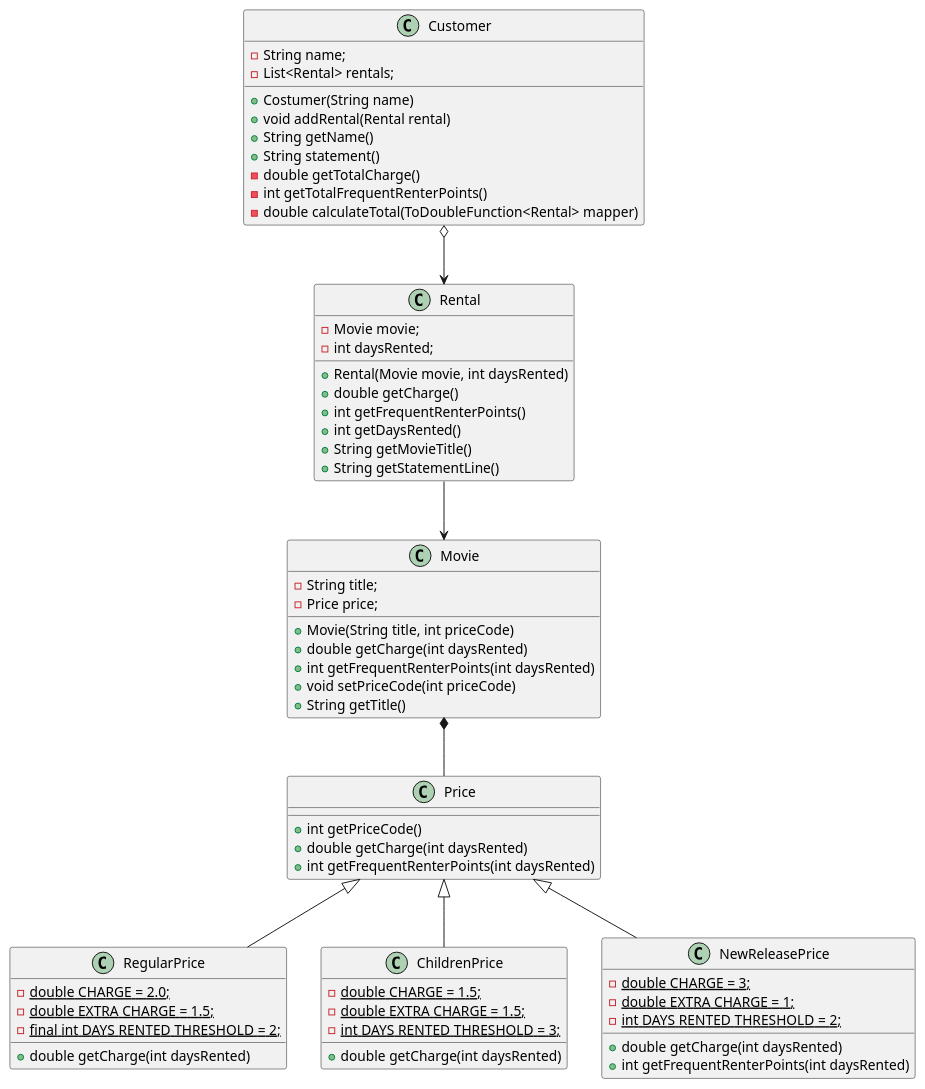
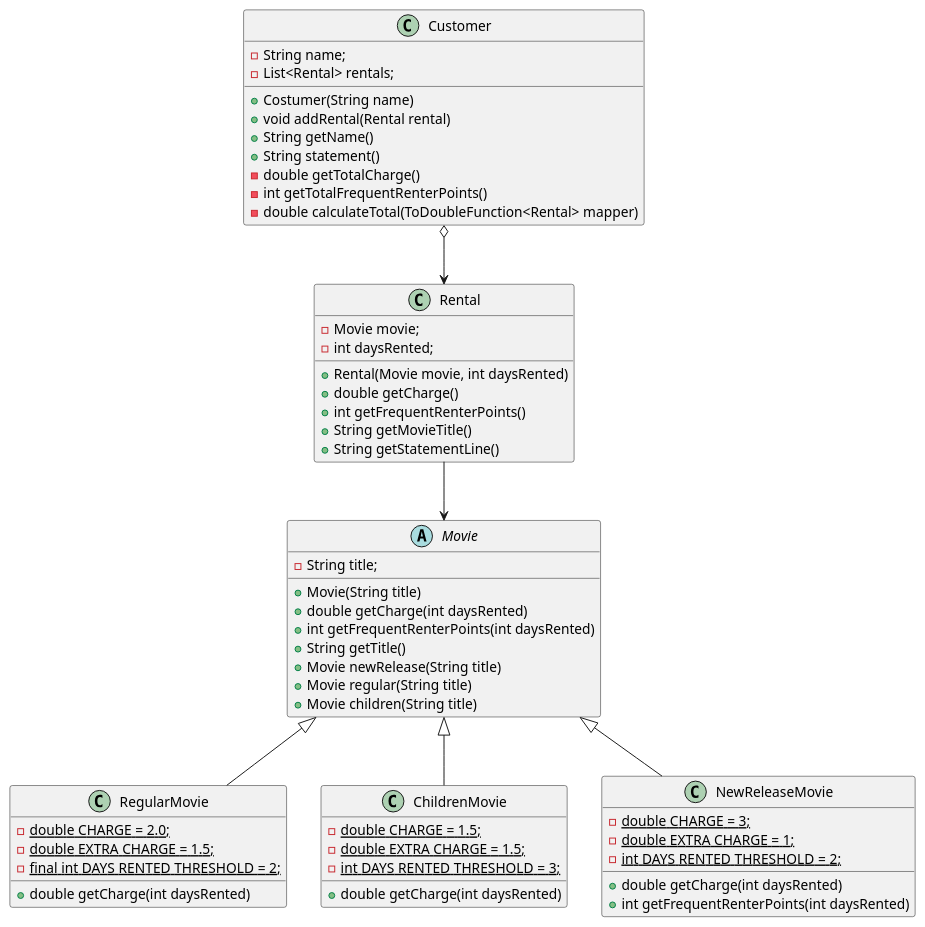
Before and after one commit to rafaelacirino/refactoring-upm: the diagram in docs/diagrams/src/movies22.plantuml, drawn with PlantUML. The commit also changed 9 other files, not shown here.

Commit message:
added abstract movie class and types of movie

```diff
--- a/docs/diagrams/src/movies22.plantuml
+++ b/docs/diagrams/src/movies22.plantuml
@@ -1,71 +1,65 @@
 @startuml movies
 
 class Customer {
 - String name;
 - List<Rental> rentals;
 
 + Costumer(String name)
 + void addRental(Rental rental)
 + String getName()
 + String statement()
 - double getTotalCharge()
 - int getTotalFrequentRenterPoints()
 - double calculateTotal(ToDoubleFunction<Rental> mapper)
 }
 
 class Rental {
 - Movie movie;
 - int daysRented;
 
 + Rental(Movie movie, int daysRented)
 + double getCharge()
 + int getFrequentRenterPoints()
-+ int getDaysRented()
 + String getMovieTitle()
 + String getStatementLine()
 }
 
-class Movie {
+abstract class Movie {
 - String title;
-- Price price;
 
-+ Movie(String title, int priceCode)
++ Movie(String title)
 + double getCharge(int daysRented)
 + int getFrequentRenterPoints(int daysRented)
-+ void setPriceCode(int priceCode)
 + String getTitle()
++ Movie newRelease(String title)
++ Movie regular(String title)
++ Movie children(String title)
 }
 
-class Price {
-+ int getPriceCode()
-+ double getCharge(int daysRented)
-+ int getFrequentRenterPoints(int daysRented)
-}
-class RegularPrice {
+class RegularMovie {
 {static}- double CHARGE = 2.0;
 {static}- double EXTRA CHARGE = 1.5;
 {static}- final int DAYS RENTED THRESHOLD = 2;
 + double getCharge(int daysRented)
 }
-class ChildrenPrice {
+class ChildrenMovie {
 {static}- double CHARGE = 1.5;
 {static}- double EXTRA CHARGE = 1.5;
 {static}- int DAYS RENTED THRESHOLD = 3;
 + double getCharge(int daysRented)
 }
-class NewReleasePrice {
+class NewReleaseMovie {
 {static}- double CHARGE = 3;
 {static}- double EXTRA CHARGE = 1;
 {static}- int DAYS RENTED THRESHOLD = 2;
 + double getCharge(int daysRented)
 + int getFrequentRenterPoints(int daysRented)
 }
 
 Customer o-down-> Rental
 Rental -down-> Movie
-Movie *-down- Price
-Price <|-down- RegularPrice
-Price <|-down- ChildrenPrice
-Price <|-down- NewReleasePrice
+Movie <|-down- RegularMovie
+Movie <|-down- ChildrenMovie
+Movie <|-down- NewReleaseMovie
 
 @enduml
```
